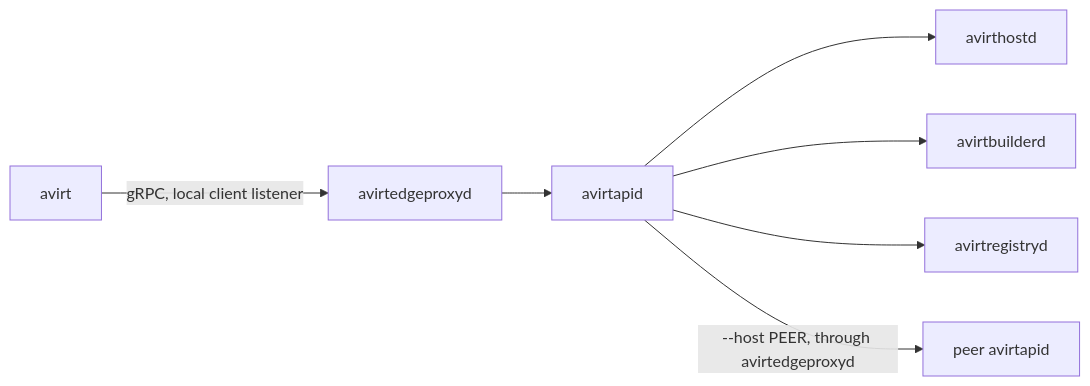
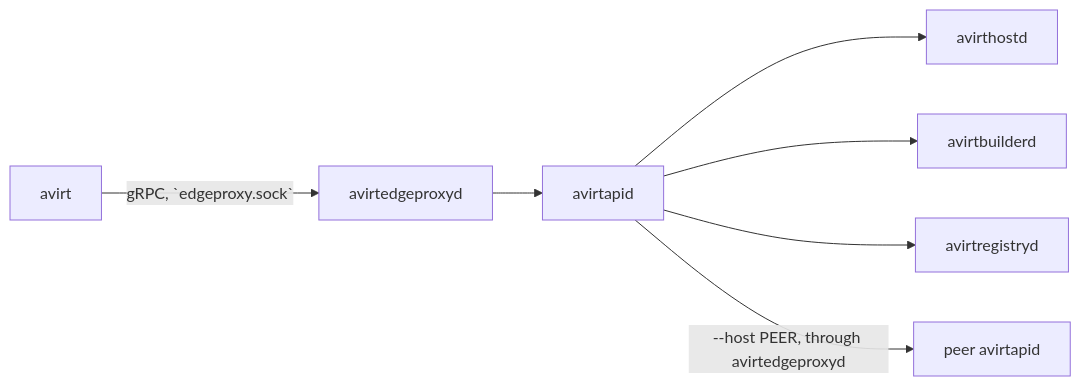
Before and after one commit to tbhb-dev/avirt: the second of 2 diagrams in docs/operator-cli.md, drawn with Mermaid. The commit also changed other lines of this file and 58 other files, not shown here.

````diff
--- a/docs/operator-cli.md
+++ b/docs/operator-cli.md
@@ -85,9 +85,9 @@
 ```mermaid
 flowchart LR
-    cli["avirt"] -->|"gRPC, local client listener"| fd["avirtedgeproxyd"]
+    cli["avirt"] -->|"gRPC, `edgeproxy.sock`"| fd["avirtedgeproxyd"]
     fd --> proxyd["avirtapid"]
     proxyd --> hostd["avirthostd"]
     proxyd --> builderd["avirtbuilderd"]
     proxyd --> registryd["avirtregistryd"]
     proxyd -->|"--host PEER, through avirtedgeproxyd"| peer["peer avirtapid"]
 ```
````
